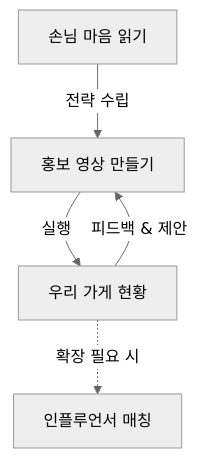
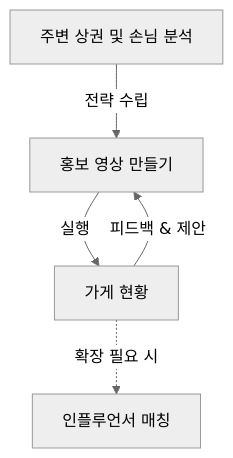
Before and after one commit to SKUnohtaekyung/pulse_FE: the second of 2 diagrams in MD/about_pulse.md, drawn with Mermaid (neutral theme). The commit also changed other lines of this file and 20 other files, not shown here.

````diff
--- a/MD/about_pulse.md
+++ b/MD/about_pulse.md
@@ -563,7 +568,7 @@
 ```mermaid
 graph TD
-    A[손님 마음 읽기] -->|전략 수립| B[홍보 영상 만들기]
-    B -->|실행| C[우리 가게 현황]
+    A[주변 상권 및 손님 분석] -->|전략 수립| B[홍보 영상 만들기]
+    B -->|실행| C[가게 현황]
     C -->|피드백 & 제안| B
     C -.->|확장 필요 시| D[인플루언서 매칭]
 ```
````
